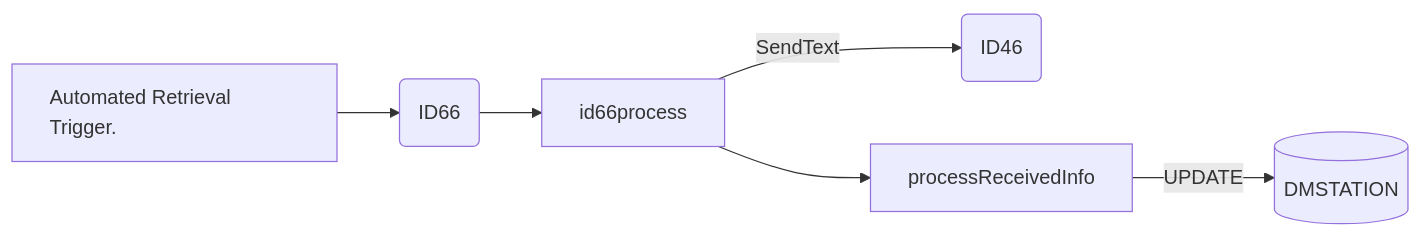
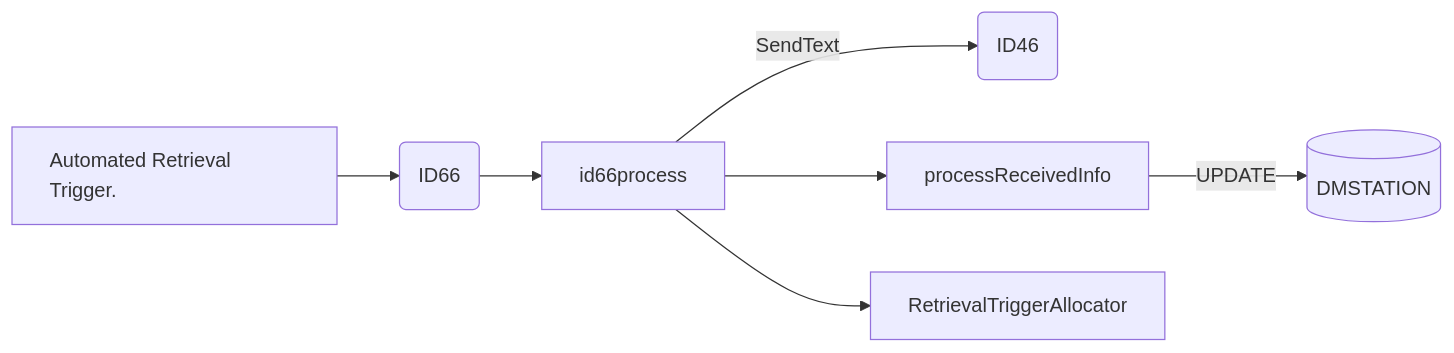
The fourth of 15 diagrams in Basic-Design/DFD-WMS/Retrieval/Stacked-Empty-Pallet.md (luthfiadityaa/SimeDarby-Wiki), drawn with Mermaid before and after one commit.

Commit message:
Updated Stacked Empty Pallet

```diff
--- a/Basic-Design/DFD-WMS/Retrieval/Stacked-Empty-Pallet.md
+++ b/Basic-Design/DFD-WMS/Retrieval/Stacked-Empty-Pallet.md
@@ -84,23 +84,24 @@
 ::: mermaid
 flowchart LR
     input[
         Automated Retrieval Trigger.      
     ]
 
     id66msg("
      ID66
     ")
     tableList-update[("
         DMSTATION
     ")]
 
     id46msg("
      ID46
     ")
 
     input -->id66msg-->id66process-->processReceivedInfo--> |UPDATE| tableList-update
     id66process--> |SendText| id46msg
+    id66process-->RetrievalTriggerAllocator
 
     classDef leftAlign text-align:left;
     class input leftAlign;
 :::
```
